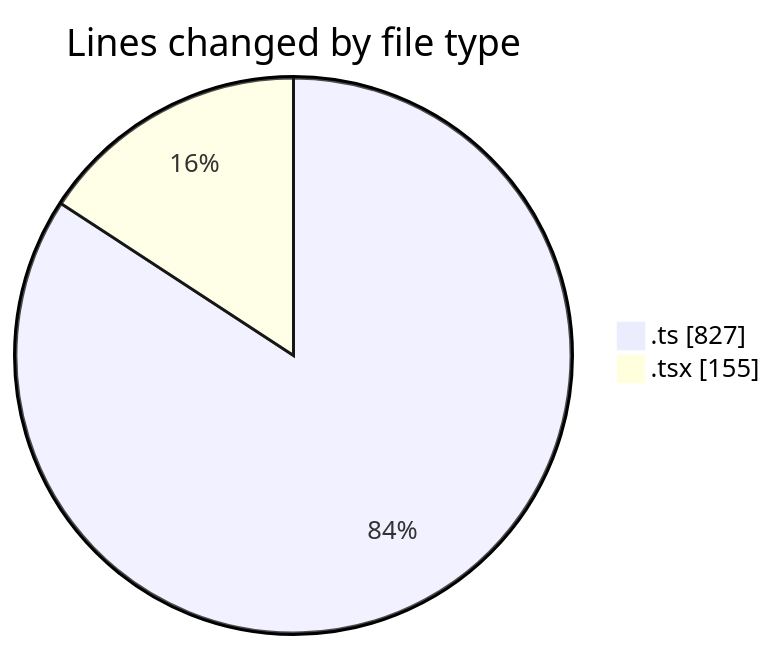
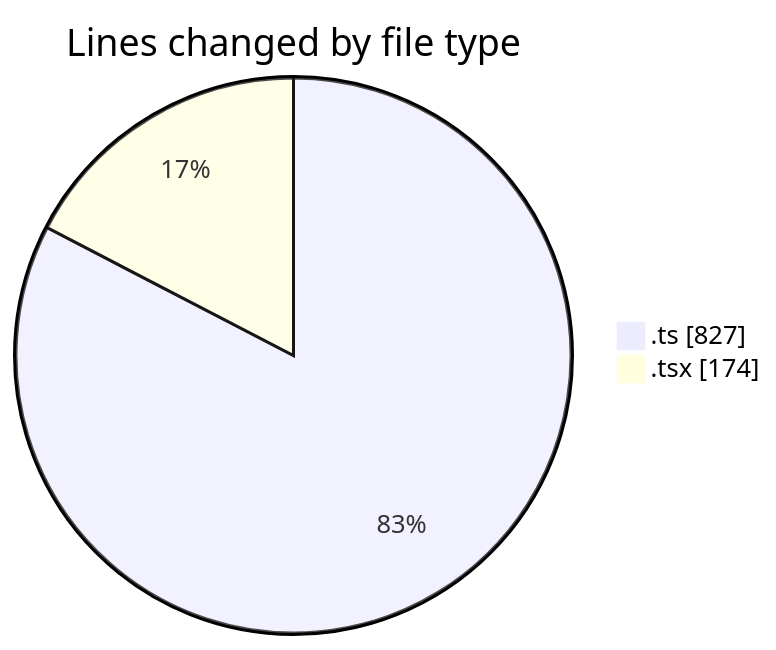
One commit to nxtqubesakshisongat/code-tracking changed the first of 2 diagrams in 2026-03-04/nxtqube_webapp/README.md. Above: the diagram before and after it, drawn with Mermaid. The commit also changed other lines of this file and 1 other file, not shown here.

````diff
--- a/2026-03-04/nxtqube_webapp/README.md
+++ b/2026-03-04/nxtqube_webapp/README.md
@@ -22,6 +22,6 @@
 ```mermaid
 pie showData
 title Lines changed by file type
 ".ts" : 827
-".tsx" : 155
+".tsx" : 174
 ```
````
